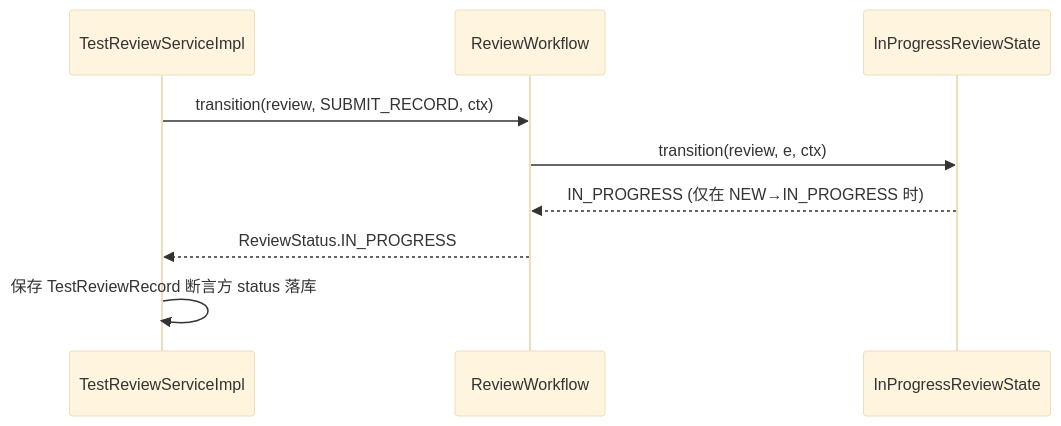
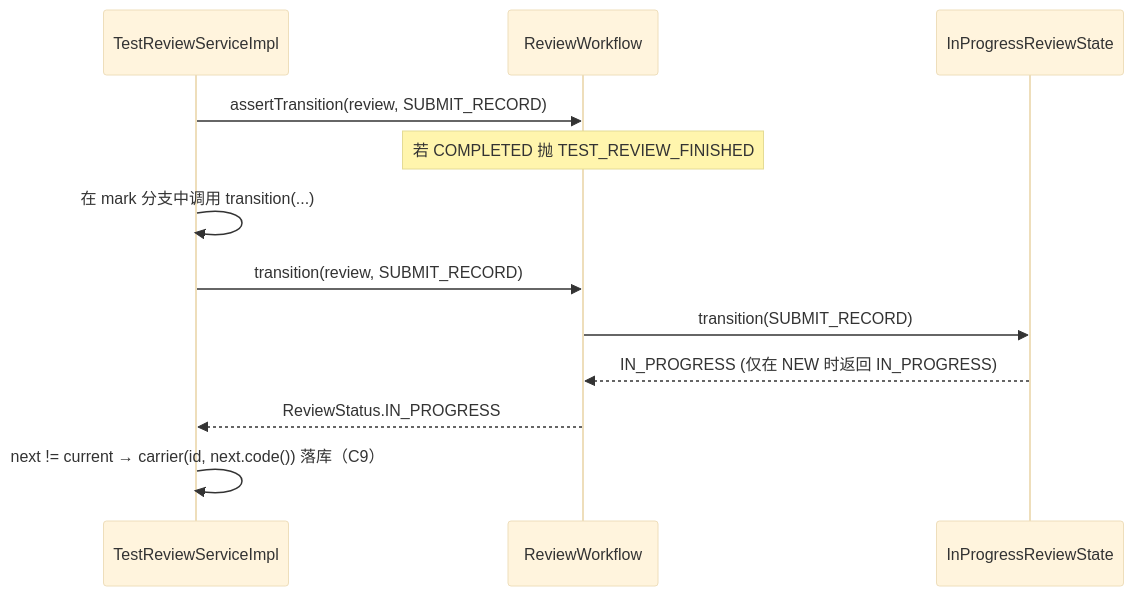
The second of 2 diagrams in docs/重构方案/03-功能测试域重构方案.md (XiaoMiSum/robotest), drawn with Mermaid (base theme) before and after one commit. The commit also changed other lines of this file and 10 other files, not shown here.

````diff
--- a/docs/重构方案/03-功能测试域重构方案.md
+++ b/docs/重构方案/03-功能测试域重构方案.md
@@ -144,11 +146,14 @@
 ```mermaid
 sequenceDiagram
     participant S as TestReviewServiceImpl
     participant W as ReviewWorkflow
     participant ST as InProgressReviewState
-    S->>W: transition(review, SUBMIT_RECORD, ctx)
-    W->>ST: transition(review, e, ctx)
-    ST-->>W: IN_PROGRESS (仅在 NEW→IN_PROGRESS 时)
+    S->>W: assertTransition(review, SUBMIT_RECORD)
+    Note over W: 若 COMPLETED 抛 TEST_REVIEW_FINISHED
+    S->>S: 在 mark 分支中调用 transition(...)
+    S->>W: transition(review, SUBMIT_RECORD)
+    W->>ST: transition(SUBMIT_RECORD)
+    ST-->>W: IN_PROGRESS (仅在 NEW 时返回 IN_PROGRESS)
     W-->>S: ReviewStatus.IN_PROGRESS
-    S->>S: 保存 TestReviewRecord 断言方 status 落库
+    S->>S: next != current → carrier(id, next.code()) 落库（C9）
 ```
````
